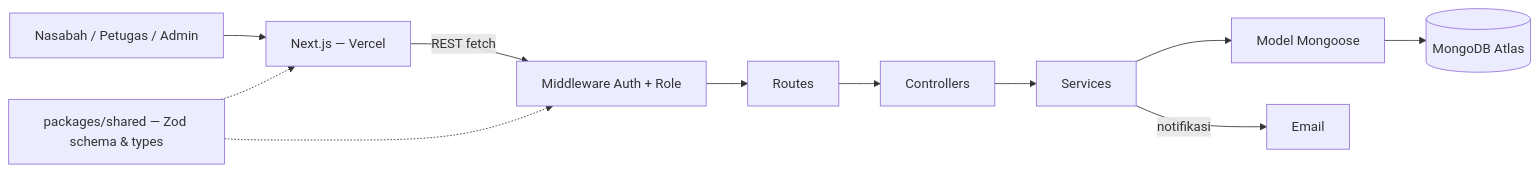
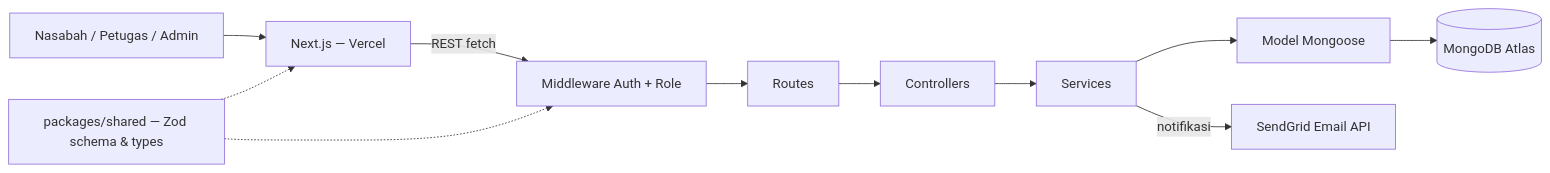
One commit to nael0407/US4-Bank-Sampah changed the diagram in README.md. Above: the diagram before and after it, drawn with Mermaid. The commit also changed other lines of this file, not shown here.

Commit message:
docs(readme): switch email provider to sendgrid

````diff
--- a/README.md
+++ b/README.md
@@ -75,10 +75,10 @@
 ```mermaid
 flowchart LR
     U[Nasabah / Petugas / Admin] --> FE[Next.js — Vercel]
     FE -->|REST fetch| MW[Middleware Auth + Role]
     MW --> RT[Routes] --> CT[Controllers] --> SV[Services] --> MD[Model Mongoose]
     MD --> DB[(MongoDB Atlas)]
-    SV -->|notifikasi| MAIL[Email]
+    SV -->|notifikasi| MAIL[SendGrid Email API]
     SH[packages/shared — Zod schema & types] -.-> FE
     SH -.-> MW
 ```
````
